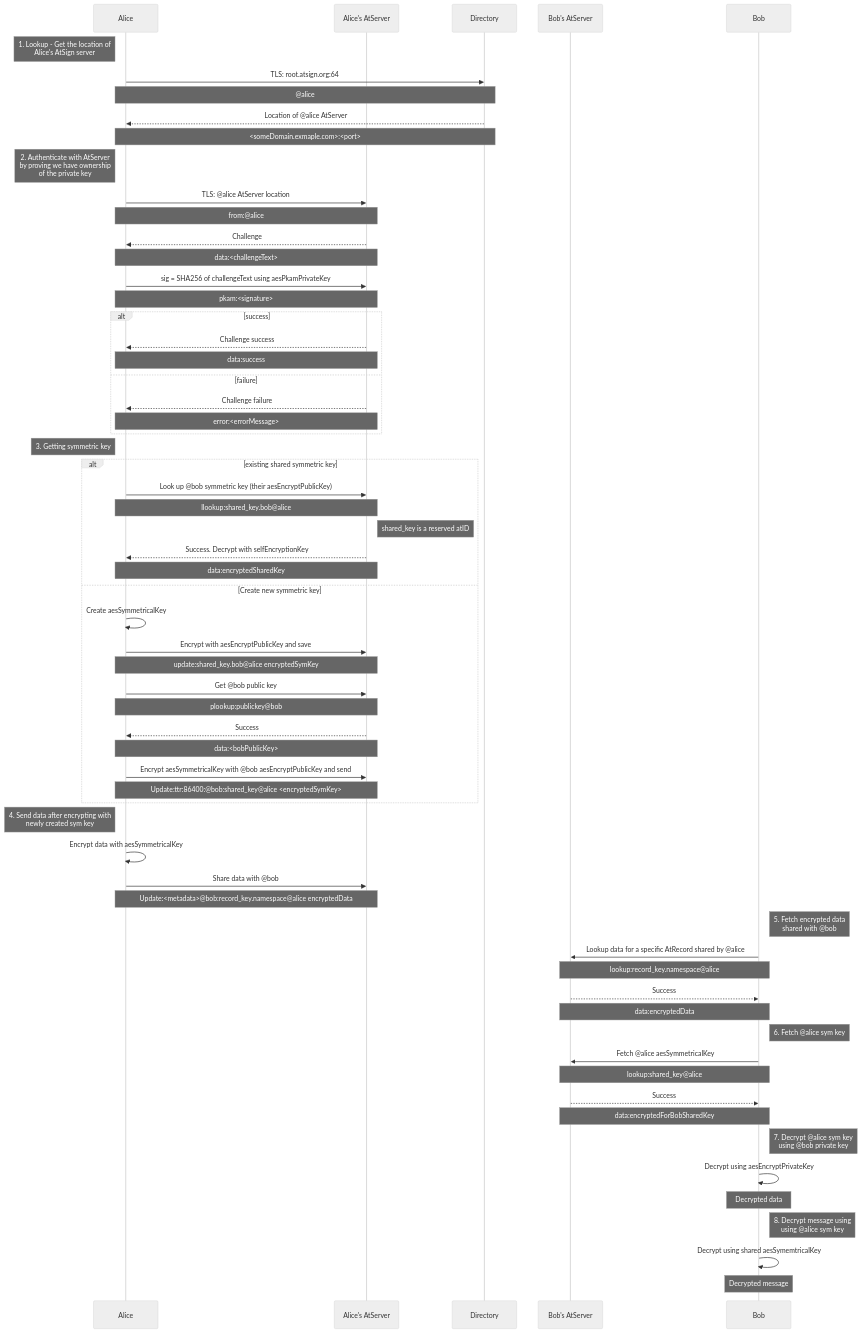
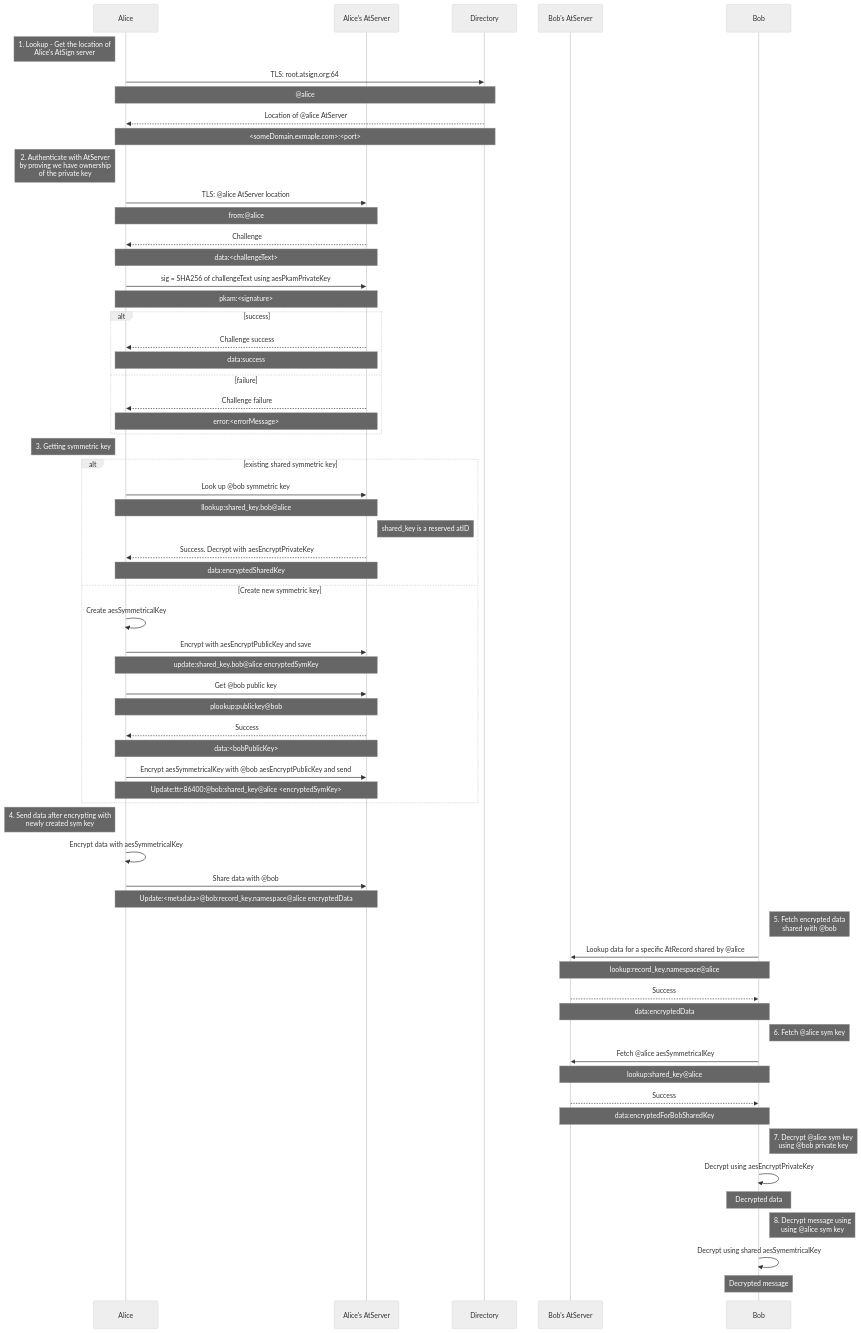
The diagram in usage-examples/how-to-exchange-encrypted-data.md (atsign-foundation/at_protocol), drawn with Mermaid (neutral theme) before and after one commit.

Commit message:
docs: Fixed an error in mermaid sequence diagram
There was an error in the sequence diagram about decrypting a previously saved shared key.

````diff
--- a/usage-examples/how-to-exchange-encrypted-data.md
+++ b/usage-examples/how-to-exchange-encrypted-data.md
@@ -165,73 +165,73 @@
 ```mermaid
 sequenceDiagram
     participant A as Alice
     participant AAS as Alice's AtServer
     participant D as Directory
     participant BAS as Bob's AtServer
     participant B as Bob
 
     Note left of A: 1. Lookup - Get the location of<br/>Alice's AtSign server
     A->>D: TLS: root.atsign.org:64
     Note over A,D: @alice
     D-->>A: Location of @alice AtServer
     Note over D,A: <someDomain.exmaple.com>:<port>
 
     Note left of A: 2. Authenticate with AtServer<br/>by proving we have ownership<br/>of the private key
     A->>AAS: TLS: @alice AtServer location
     Note over A,AAS: from:@alice
     AAS-->>A: Challenge
     Note over A,AAS: data:<challengeText>
     A->>AAS: sig = SHA256 of challengeText using aesPkamPrivateKey
     Note over A,AAS: pkam:<signature>
     alt success
         AAS-->>A: Challenge success
         Note over A,AAS: data:success
     else failure
         AAS-->>A: Challenge failure
         Note over A,AAS: error:<errorMessage>
     end
 
     Note left of A: 3. Getting symmetric key
     alt existing shared symmetric key
-        A->>AAS: Look up @bob symmetric key (their aesEncryptPublicKey)
+        A->>AAS: Look up @bob symmetric key
         Note over A,AAS: llookup:shared_key.bob@alice
         Note right of AAS: shared_key is a reserved atID
-        AAS-->>A: Success. Decrypt with selfEncryptionKey
+        AAS-->>A: Success. Decrypt with aesEncryptPrivateKey
         Note over A,AAS: data:encryptedSharedKey
     else Create new symmetric key
         A->>A: Create aesSymmetricalKey
         A->>AAS: Encrypt with aesEncryptPublicKey and save
         Note over A,AAS: update:shared_key.bob@alice encryptedSymKey
         A->>AAS: Get @bob public key
         Note over A,AAS: plookup:publickey@bob
         AAS-->>A: Success
         Note over A,AAS: data:<bobPublicKey>
         A->>AAS: Encrypt aesSymmetricalKey with @bob aesEncryptPublicKey and send
         Note over A,AAS: Update:ttr:86400:@bob:shared_key@alice  <encryptedSymKey>
     end
 
     Note left of A: 4. Send data after encrypting with<br/>newly created sym key 
     A->>A: Encrypt data with aesSymmetricalKey
     A->>AAS: Share data with @bob
     Note over A,AAS: Update:<metadata>@bob:record_key.namespace@alice encryptedData
 
     Note right of B: 5. Fetch encrypted data<br/>shared with @bob 
     B->>BAS: Lookup data for a specific AtRecord shared by @alice
     Note over B,BAS: lookup:record_key.namespace@alice
     BAS-->>B: Success
     Note over B,BAS: data:encryptedData
 
     Note right of B: 6. Fetch @alice sym key
     B->>BAS: Fetch @alice aesSymmetricalKey
     Note over B,BAS: lookup:shared_key@alice
     BAS-->>B: Success
     Note over B,BAS: data:encryptedForBobSharedKey
 
     Note right of B: 7. Decrypt @alice sym key<br/>using @bob private key
     B->>B: Decrypt using aesEncryptPrivateKey
     Note over B: Decrypted data
 
     Note right of B: 8. Decrypt message using<br/>using @alice sym key
     B->>B: Decrypt using shared aesSymemtricalKey
     Note over B: Decrypted message
 ```
````
